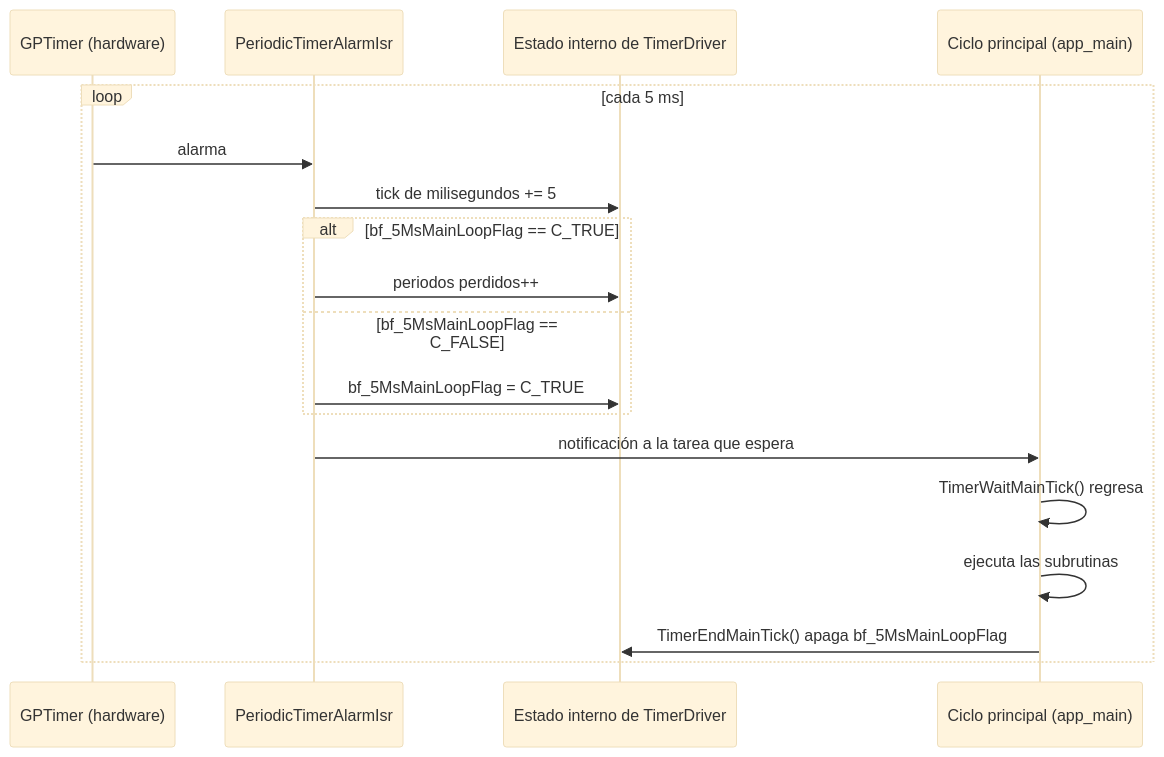
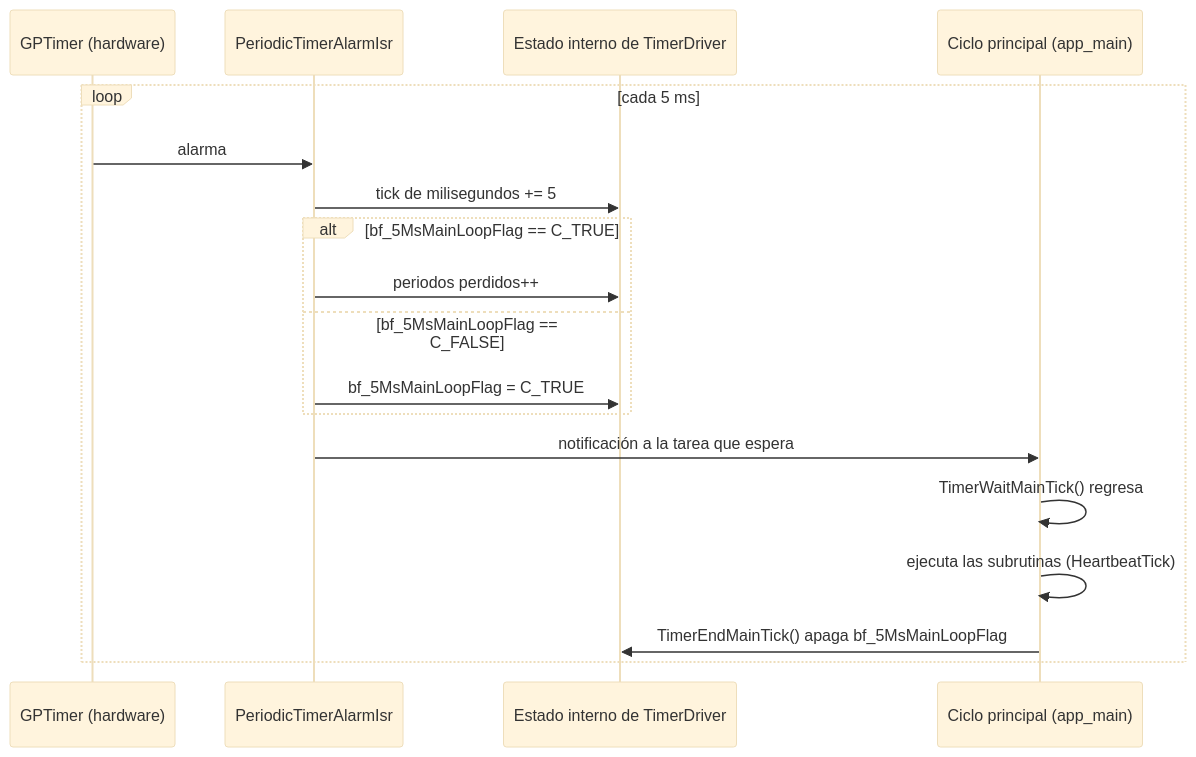
The fifth of 6 diagrams in Sw/README.md (rodgutzal/Airsoft-MultipurposeGameModeTool), drawn with Mermaid (base theme) before and after one commit. The commit also changed other lines of this file and 12 other files, not shown here.

````diff
--- a/Sw/README.md
+++ b/Sw/README.md
@@ -234,20 +256,20 @@
 ```mermaid
 sequenceDiagram
   participant T as GPTimer (hardware)
   participant ISR as PeriodicTimerAlarmIsr
   participant S as Estado interno de TimerDriver
   participant L as Ciclo principal (app_main)
   loop cada 5 ms
     T->>ISR: alarma
     ISR->>S: tick de milisegundos += 5
     alt bf_5MsMainLoopFlag == C_TRUE
       ISR->>S: periodos perdidos++
     else bf_5MsMainLoopFlag == C_FALSE
       ISR->>S: bf_5MsMainLoopFlag = C_TRUE
     end
     ISR->>L: notificación a la tarea que espera
     L->>L: TimerWaitMainTick() regresa
-    L->>L: ejecuta las subrutinas
+    L->>L: ejecuta las subrutinas (HeartbeatTick)
     L->>S: TimerEndMainTick() apaga bf_5MsMainLoopFlag
   end
 ```
````
